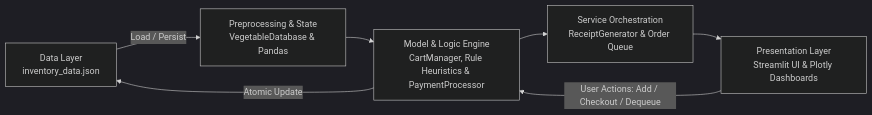
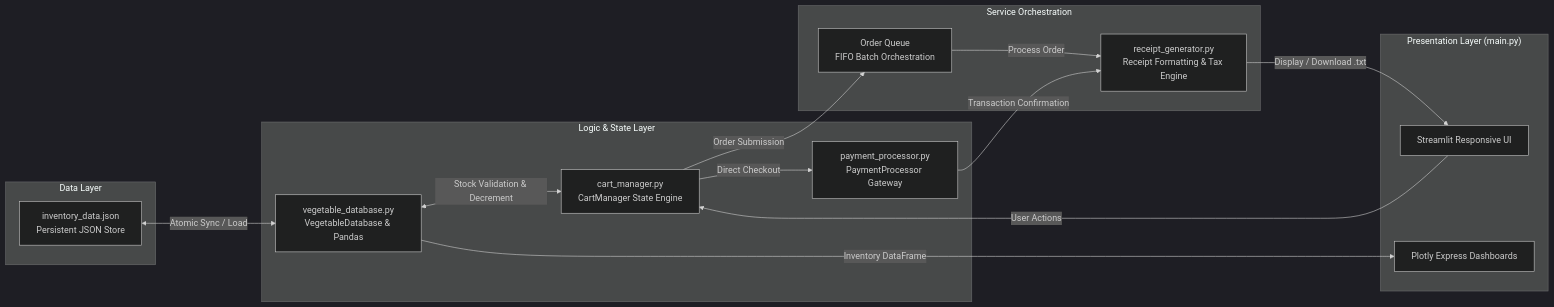
The diagram in README.md (Knight6azer/Vegetable_Vendor_App), drawn with Mermaid (dark theme) before and after one commit. The commit also changed other lines of this file, not shown here.

````diff
--- a/README.md
+++ b/README.md
@@ -46,9 +53,32 @@
 ```mermaid
 flowchart LR
-    A[Data Layer<br/>inventory_data.json] -->|Load / Persist| B[Preprocessing & State<br/>VegetableDatabase & Pandas]
-    B --> C[Model & Logic Engine<br/>CartManager, Rule Heuristics & PaymentProcessor]
-    C --> D[Service Orchestration<br/>ReceiptGenerator & Order Queue]
-    D --> E[Presentation Layer<br/>Streamlit UI & Plotly Dashboards]
-    E -->|User Actions: Add / Checkout / Dequeue| C
-    C -->|Atomic Update| A
+    subgraph Data_Layer ["Data Layer"]
+        A[inventory_data.json<br/>Persistent JSON Store]
+    end
+
+    subgraph Logic_Layer ["Logic & State Layer"]
+        B[vegetable_database.py<br/>VegetableDatabase & Pandas]
+        C[cart_manager.py<br/>CartManager State Engine]
+        D[payment_processor.py<br/>PaymentProcessor Gateway]
+    end
+
+    subgraph Service_Layer ["Service Orchestration"]
+        E[receipt_generator.py<br/>Receipt Formatting & Tax Engine]
+        F[Order Queue<br/>FIFO Batch Orchestration]
+    end
+
+    subgraph Presentation_Layer ["Presentation Layer (main.py)"]
+        G[Streamlit Responsive UI]
+        H[Plotly Express Dashboards]
+    end
+
+    A <-->|Atomic Sync / Load| B
+    B <-->|Stock Validation & Decrement| C
+    C -->|Order Submission| F
+    C -->|Direct Checkout| D
+    F -->|Process Order| E
+    D -->|Transaction Confirmation| E
+    E -->|Display / Download .txt| G
+    B -->|Inventory DataFrame| H
+    G -->|User Actions| C
 ```
````
